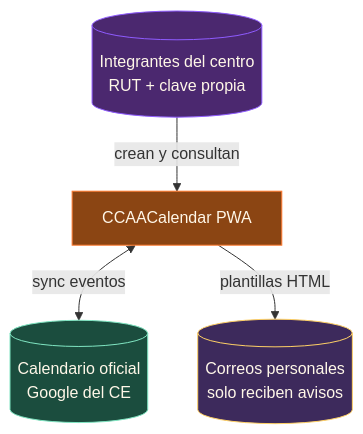
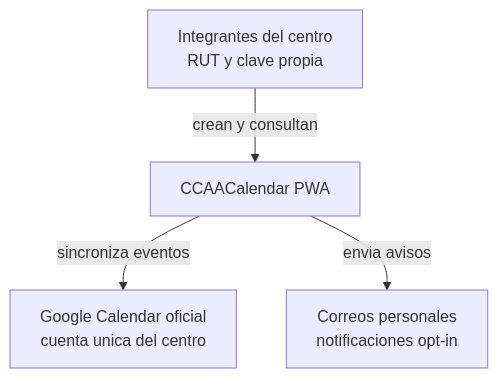
One commit to JackStar6677-1/CCAACalendar changed the first of 16 diagrams in README.md. Above: the diagram before and after it, drawn with Mermaid. The commit also changed other lines of this file, not shown here.

Commit message:
docs: corrige diagramas y actualiza estado del piloto

````diff
--- a/README.md
+++ b/README.md
@@ -11,21 +11,6 @@
 ```mermaid
-flowchart TB
-    U[("Integrantes del centro\nRUT + clave propia")]
-    P["CCAACalendar PWA"]
-    C[("Calendario oficial\nGoogle del CE")]
-    E[("Correos personales\nsolo reciben avisos")]
-
-    U -->|"crean y consultan"| P
-    P <-->|"sync eventos"| C
-    P -->|"plantillas HTML"| E
-
-    classDef user fill:#4b286f,stroke:#8f5cff,color:#fff7e8
-    classDef app fill:#8b4513,stroke:#ff7a2f,color:#fff7e8
-    classDef google fill:#1b4d3e,stroke:#81e6c3,color:#fff7e8
-    classDef mail fill:#3d2a5c,stroke:#ffd166,color:#fff7e8
-
-    class U user
-    class P app
-    class C google
-    class E mail
+graph TD
+    U["Integrantes del centro<br/>RUT y clave propia"] -->|"crean y consultan"| P["CCAACalendar PWA"]
+    P -->|"sincroniza eventos"| C["Google Calendar oficial<br/>cuenta unica del centro"]
+    P -->|"envia avisos"| E["Correos personales<br/>notificaciones opt-in"]
 ```
````
